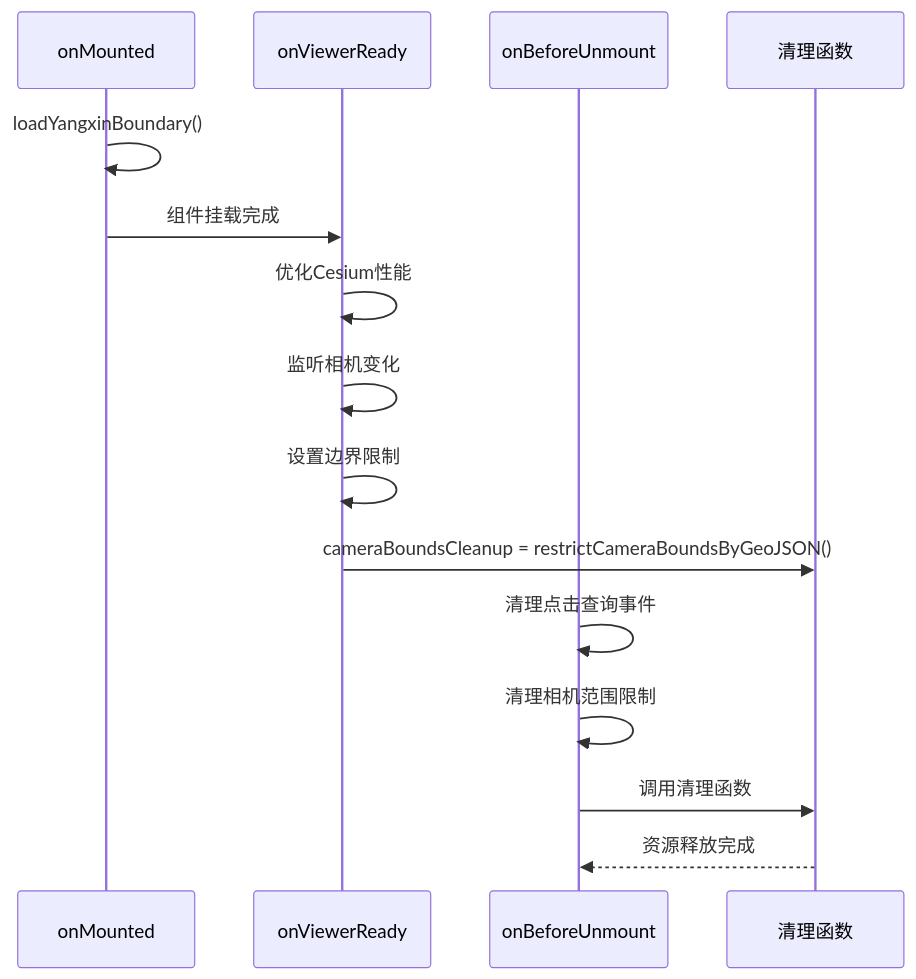
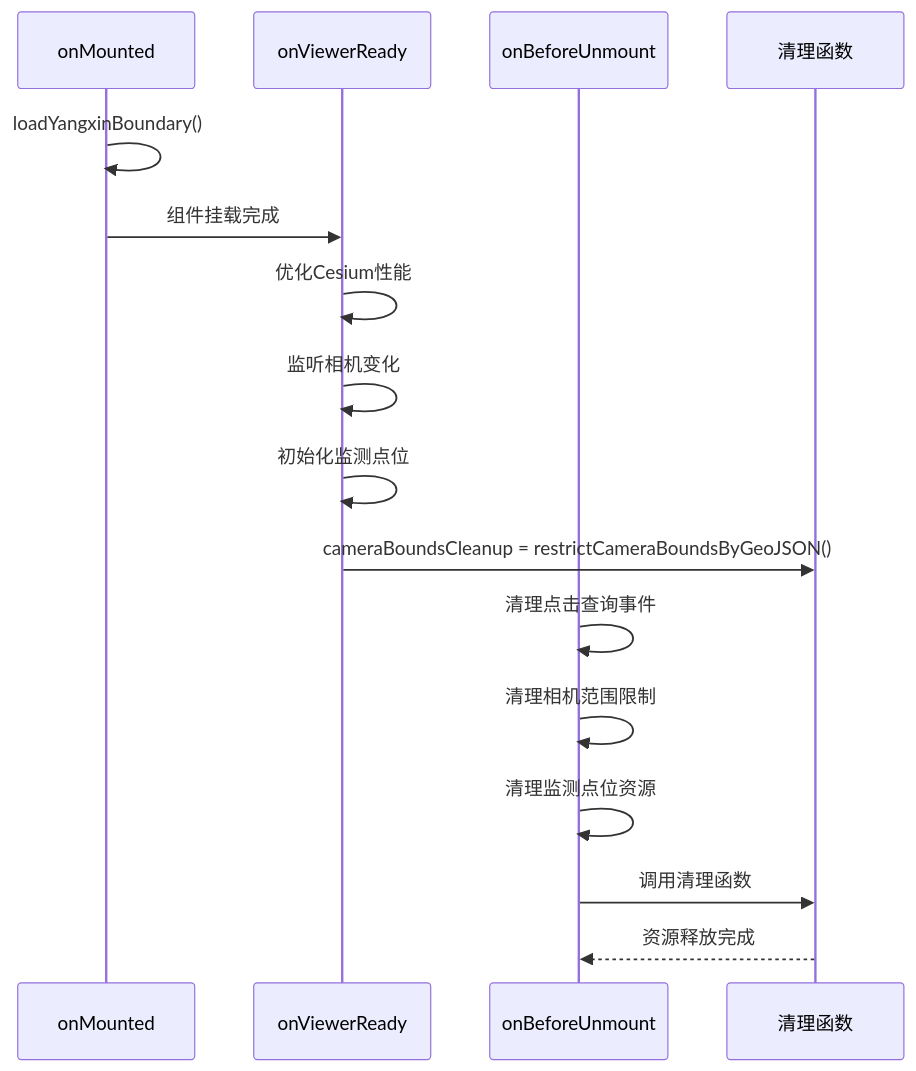
The eighth of 16 diagrams in .qoder/repowiki/zh/content/核心组件架构/地图组件.md (zhibo1997/government-dashboard), drawn with Mermaid before and after one commit. The commit also changed other lines of this file and 28 other files, not shown here.

````diff
--- a/.qoder/repowiki/zh/content/核心组件架构/地图组件.md
+++ b/.qoder/repowiki/zh/content/核心组件架构/地图组件.md
@@ -364,17 +369,18 @@
 ```mermaid
 sequenceDiagram
 participant Mount as onMounted
 participant Ready as onViewerReady
 participant Unmount as onBeforeUnmount
 participant Cleanup as 清理函数
 Mount->>Mount : loadYangxinBoundary()
 Mount->>Ready : 组件挂载完成
 Ready->>Ready : 优化Cesium性能
 Ready->>Ready : 监听相机变化
-Ready->>Ready : 设置边界限制
+Ready->>Ready : 初始化监测点位
 Ready->>Cleanup : cameraBoundsCleanup = restrictCameraBoundsByGeoJSON()
 Unmount->>Unmount : 清理点击查询事件
 Unmount->>Unmount : 清理相机范围限制
+Unmount->>Unmount : 清理监测点位资源
 Unmount->>Cleanup : 调用清理函数
 Cleanup-->>Unmount : 资源释放完成
 ```
````
